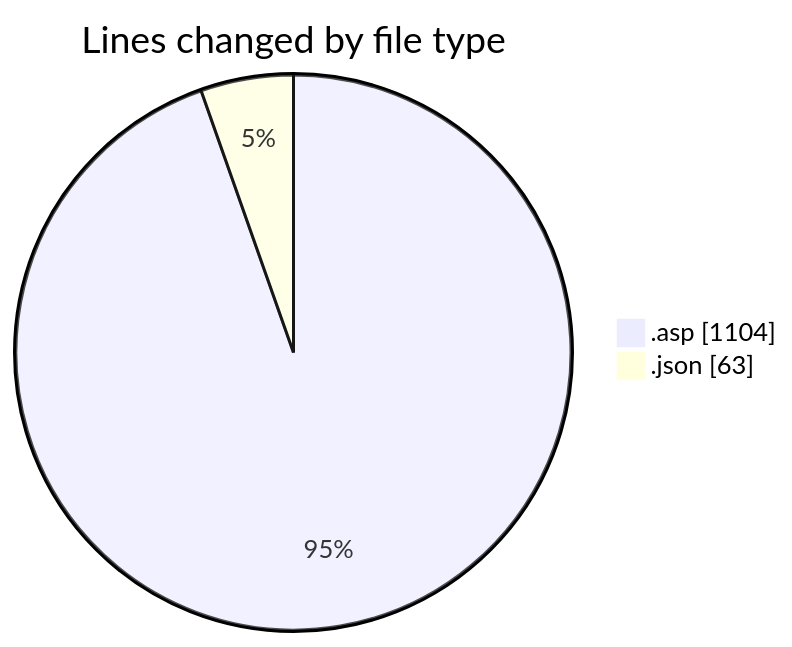
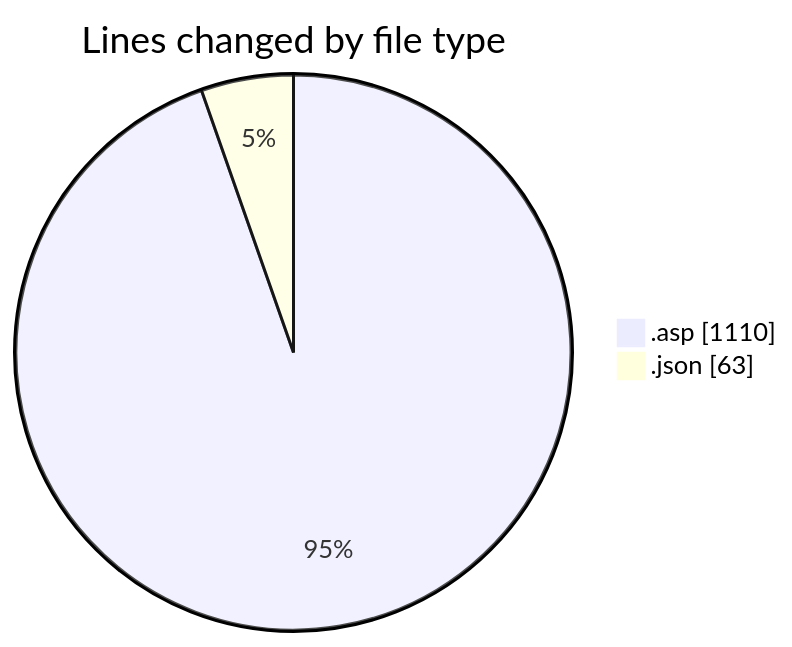
Before and after one commit to julien-gomy/code-tracking: the first of 2 diagrams in 2025-10-20/usr_aleoudev_fr__workspace_/README.md, drawn with Mermaid. The commit also changed other lines of this file and 1 other file, not shown here.

````diff
--- a/2025-10-20/usr_aleoudev_fr__workspace_/README.md
+++ b/2025-10-20/usr_aleoudev_fr__workspace_/README.md
@@ -23,6 +23,6 @@
 ```mermaid
 pie showData
 title Lines changed by file type
-".asp" : 1104
+".asp" : 1110
 ".json" : 63
 ```
````
